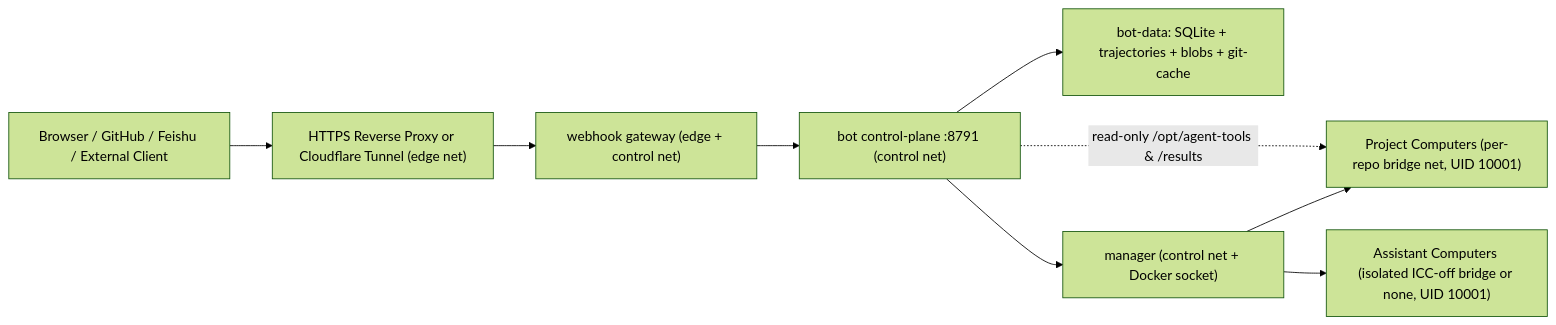
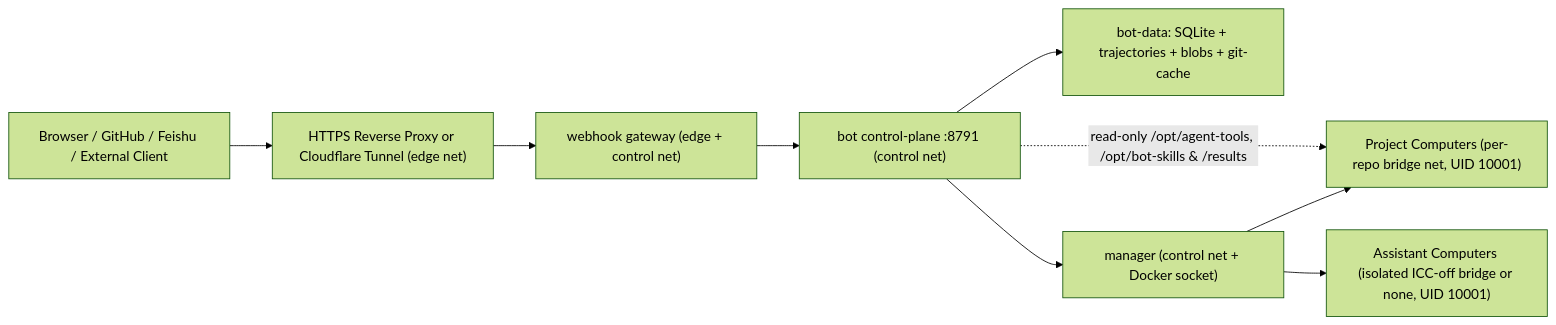
The diagram in docs/design/architecture.md (agent-CI-Infra/bot), drawn with Mermaid (forest theme) before and after one commit. The commit also changed other lines of this file and 59 other files, not shown here.

````diff
--- a/docs/design/architecture.md
+++ b/docs/design/architecture.md
@@ -9,11 +9,11 @@
 ```mermaid
 flowchart LR
   User["Browser / GitHub / Feishu / External Client"] --> Edge["HTTPS Reverse Proxy or Cloudflare Tunnel (edge net)"]
   Edge --> Webhook["webhook gateway (edge + control net)"]
   Webhook --> Bot["bot control-plane :8791 (control net)"]
   Bot --> SQLite["bot-data: SQLite + trajectories + blobs + git-cache"]
   Bot --> Manager["manager (control net + Docker socket)"]
   Manager --> ProjComp["Project Computers (per-repo bridge net, UID 10001)"]
   Manager --> AsstComp["Assistant Computers (isolated ICC-off bridge or none, UID 10001)"]
-  Bot -. "read-only /opt/agent-tools & /results" .-> ProjComp
+  Bot -. "read-only /opt/agent-tools, /opt/bot-skills & /results" .-> ProjComp
 ```
````
